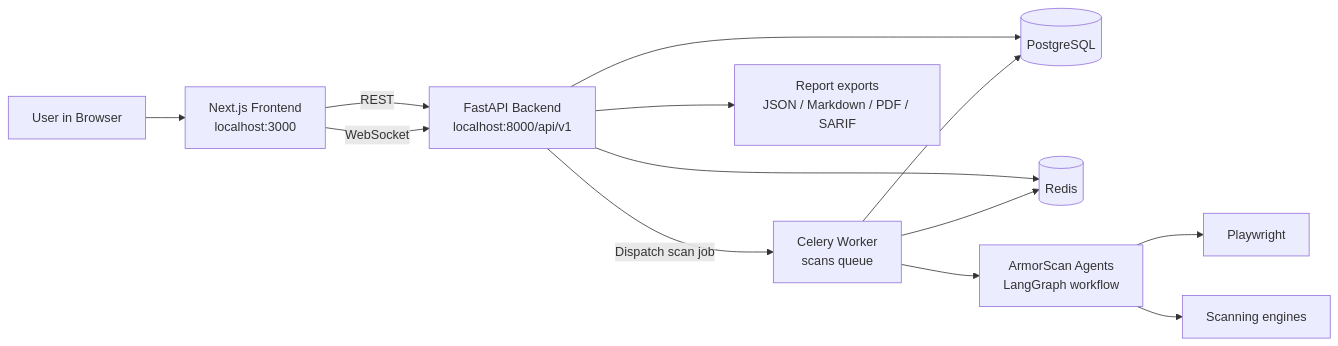
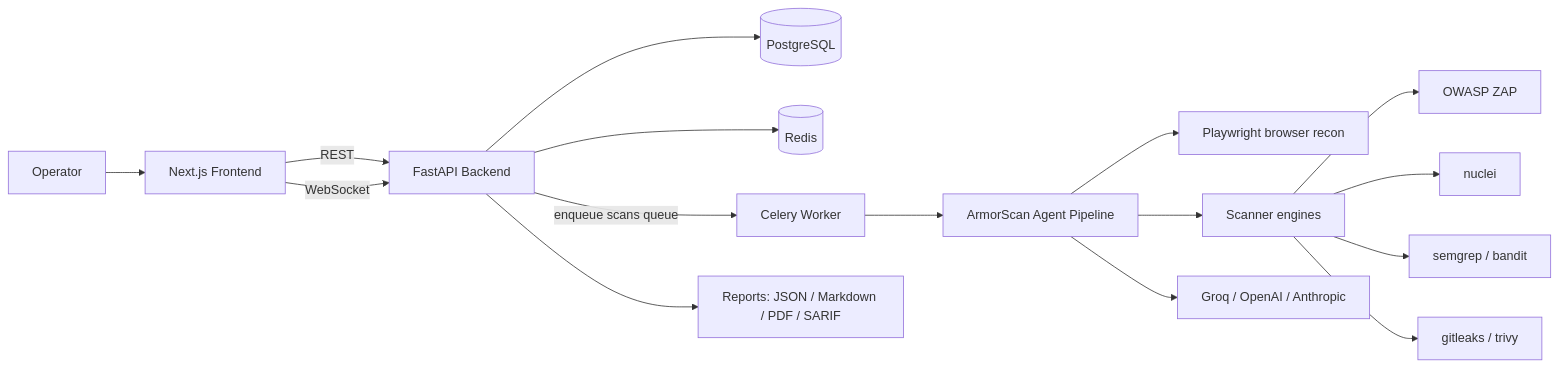
One commit to 0xnithinmys/ArmorScan-AI changed the diagram in README.md. Above: the diagram before and after it, drawn with Mermaid. The commit also changed other lines of this file and 6 other files, not shown here.

````diff
--- a/README.md
+++ b/README.md
@@ -65,18 +17,22 @@
 ```mermaid
 flowchart LR
-    U[User in Browser] --> FE[Next.js Frontend\nlocalhost:3000]
-    FE -->|REST| API[FastAPI Backend\nlocalhost:8000/api/v1]
+    U[Operator] --> FE[Next.js Frontend]
+    FE -->|REST| API[FastAPI Backend]
     FE -->|WebSocket| API
 
     API --> DB[(PostgreSQL)]
     API --> REDIS[(Redis)]
-    API -->|Dispatch scan job| W[Celery Worker\nscans queue]
+    API -->|enqueue scans queue| W[Celery Worker]
 
-    W --> AG[ArmorScan Agents\nLangGraph workflow]
-    AG --> PW[Playwright]
-    AG --> SE[Scanning engines]
+    W --> AG[ArmorScan Agent Pipeline]
+    AG --> PW[Playwright browser recon]
+    AG --> ENG[Scanner engines]
+    AG --> AI[Groq / OpenAI / Anthropic]
 
-    W --> DB
-    W --> REDIS
-    API --> REP[Report exports\nJSON / Markdown / PDF / SARIF]
+    ENG --> ZAP[OWASP ZAP]
+    ENG --> NUC[nuclei]
+    ENG --> SAST[semgrep / bandit]
+    ENG --> SUP[gitleaks / trivy]
+
+    API --> REP[Reports: JSON / Markdown / PDF / SARIF]
 ```
````
